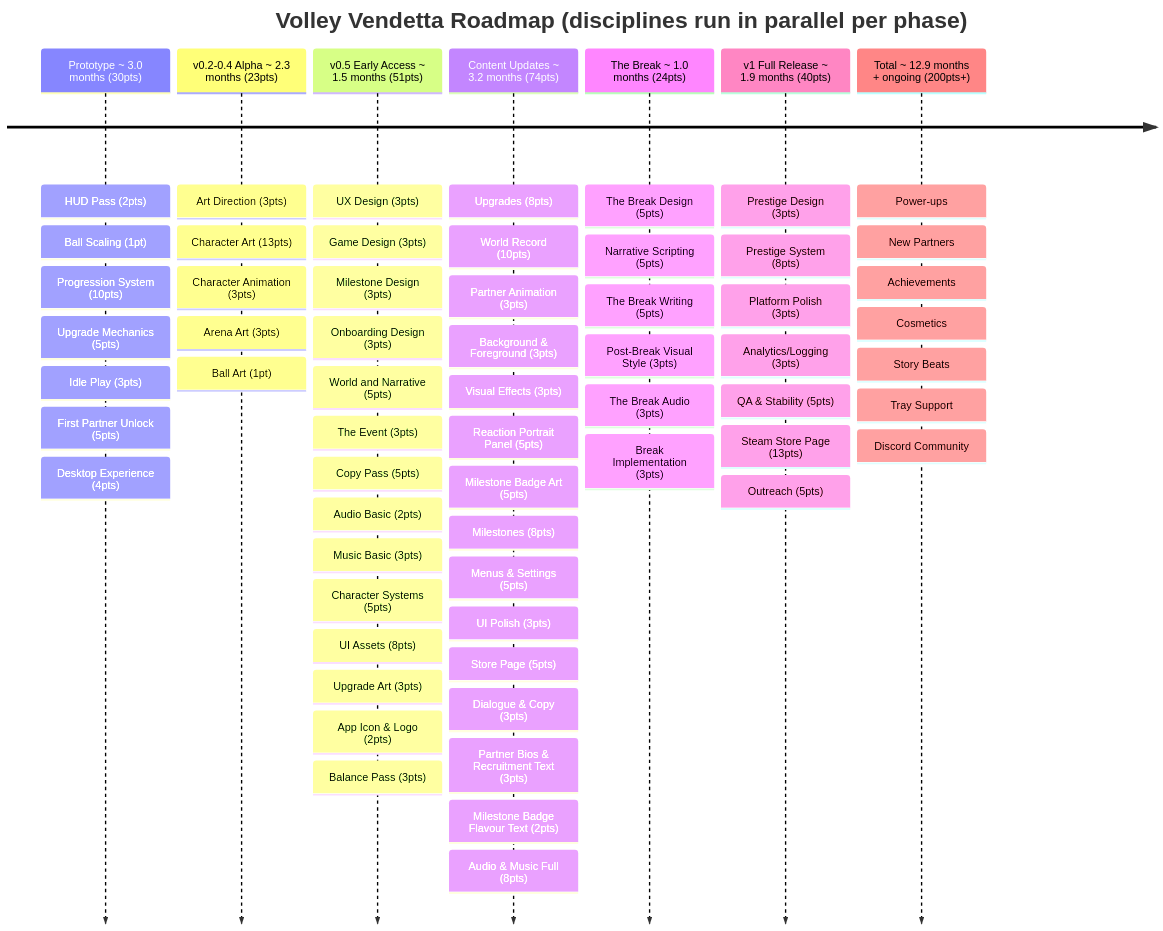
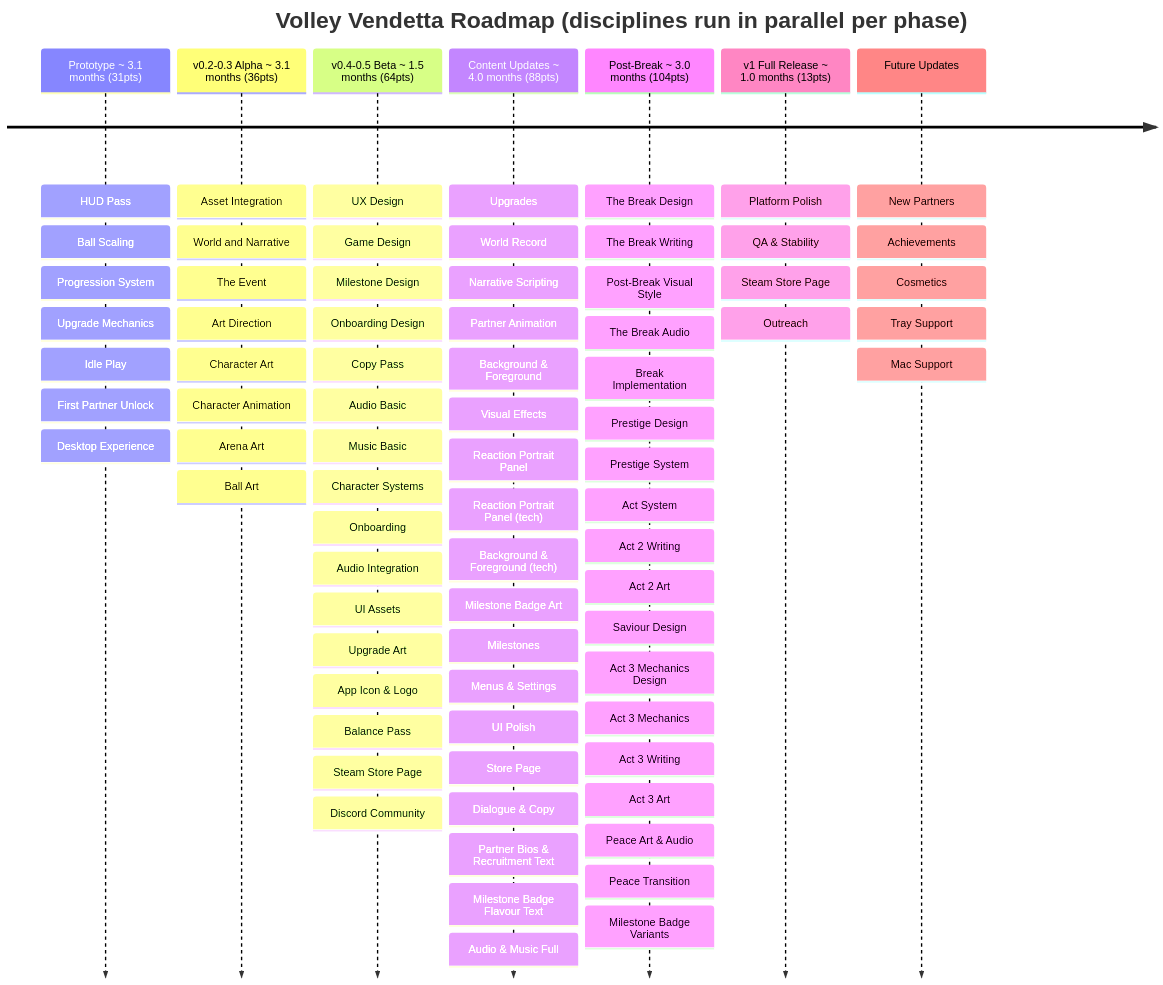
One commit to shuck-dev/volley changed the diagram in designs/roadmap.md. Above: the diagram before and after it, drawn with Mermaid. The commit also changed other lines of this file and 9 other files, not shown here.

First line of the commit message:
docs: added post break and moved stuff around (#33)

````diff
--- a/designs/roadmap.md
+++ b/designs/roadmap.md
@@ -4,78 +4,93 @@
 timeline
     title Volley Vendetta Roadmap (disciplines run in parallel per phase)
 
-    Prototype ~ 3.0 months (30pts)
-        : HUD Pass (2pts)
-        : Ball Scaling (1pt)
-        : Progression System (10pts)
-        : Upgrade Mechanics (5pts)
-        : Idle Play (3pts)
-        : First Partner Unlock (5pts)
-        : Desktop Experience (4pts)
+    Prototype ~ 3.1 months (31pts)
+        : HUD Pass
+        : Ball Scaling
+        : Progression System
+        : Upgrade Mechanics
+        : Idle Play
+        : First Partner Unlock
+        : Desktop Experience
 
-    v0.2-0.4 Alpha ~ 2.3 months (23pts)
-        : Art Direction (3pts)
-        : Character Art (13pts)
-        : Character Animation (3pts)
-        : Arena Art (3pts)
-        : Ball Art (1pt)
+    v0.2-0.3 Alpha ~ 3.1 months (36pts)
+        : Asset Integration
+        : World and Narrative
+        : The Event
+        : Art Direction
+        : Character Art
+        : Character Animation
+        : Arena Art
+        : Ball Art
 
-    v0.5 Early Access ~ 1.5 months (51pts)
-        : UX Design (3pts)
-        : Game Design (3pts)
-        : Milestone Design (3pts)
-        : Onboarding Design (3pts)
-        : World and Narrative (5pts)
-        : The Event (3pts)
-        : Copy Pass (5pts)
-        : Audio Basic (2pts)
-        : Music Basic (3pts)
-        : Character Systems (5pts)
-        : UI Assets (8pts)
-        : Upgrade Art (3pts)
-        : App Icon & Logo (2pts)
-        : Balance Pass (3pts)
+    v0.4-0.5 Beta ~ 1.5 months (64pts)
+        : UX Design
+        : Game Design
+        : Milestone Design
+        : Onboarding Design
+        : Copy Pass
+        : Audio Basic
+        : Music Basic
+        : Character Systems
+        : Onboarding
+        : Audio Integration
+        : UI Assets
+        : Upgrade Art
+        : App Icon & Logo
+        : Balance Pass
+        : Steam Store Page
+        : Discord Community
 
-    Content Updates ~ 3.2 months (74pts)
-        : Upgrades (8pts)
-        : World Record (10pts)
-        : Partner Animation (3pts)
-        : Background & Foreground (3pts)
-        : Visual Effects (3pts)
-        : Reaction Portrait Panel (5pts)
-        : Milestone Badge Art (5pts)
-        : Milestones (8pts)
-        : Menus & Settings (5pts)
-        : UI Polish (3pts)
-        : Store Page (5pts)
-        : Dialogue & Copy (3pts)
-        : Partner Bios & Recruitment Text (3pts)
-        : Milestone Badge Flavour Text (2pts)
-        : Audio & Music Full (8pts)
+    Content Updates ~ 4.0 months (88pts)
+        : Upgrades
+        : World Record
+        : Narrative Scripting
+        : Partner Animation
+        : Background & Foreground
+        : Visual Effects
+        : Reaction Portrait Panel
+        : Reaction Portrait Panel (tech)
+        : Background & Foreground (tech)
+        : Milestone Badge Art
+        : Milestones
+        : Menus & Settings
+        : UI Polish
+        : Store Page
+        : Dialogue & Copy
+        : Partner Bios & Recruitment Text
+        : Milestone Badge Flavour Text
+        : Audio & Music Full
 
-    The Break ~ 1.0 months (24pts)
-        : The Break Design (5pts)
-        : Narrative Scripting (5pts)
-        : The Break Writing (5pts)
-        : Post-Break Visual Style (3pts)
-        : The Break Audio (3pts)
-        : Break Implementation (3pts)
+    Post-Break ~ 3.0 months (104pts)
+        : The Break Design
+        : The Break Writing
+        : Post-Break Visual Style
+        : The Break Audio
+        : Break Implementation
+        : Prestige Design
+        : Prestige System
+        : Act System
+        : Act 2 Writing
+        : Act 2 Art
+        : Saviour Design
+        : Act 3 Mechanics Design
+        : Act 3 Mechanics
+        : Act 3 Writing
+        : Act 3 Art
+        : Peace Art & Audio
+        : Peace Transition
+        : Milestone Badge Variants
 
-    v1 Full Release ~ 1.9 months (40pts)
-        : Prestige Design (3pts)
-        : Prestige System (8pts)
-        : Platform Polish (3pts)
-        : Analytics/Logging (3pts)
-        : QA & Stability (5pts)
-        : Steam Store Page (13pts)
-        : Outreach (5pts)
+    v1 Full Release ~ 1.0 months (13pts)
+        : Platform Polish
+        : QA & Stability
+        : Steam Store Page
+        : Outreach
 
-    Total ~ 12.9 months + ongoing (200pts+)
-        : Power-ups
+    Future Updates
         : New Partners
         : Achievements
         : Cosmetics
-        : Story Beats
         : Tray Support
-        : Discord Community
+        : Mac Support
 ```
````
